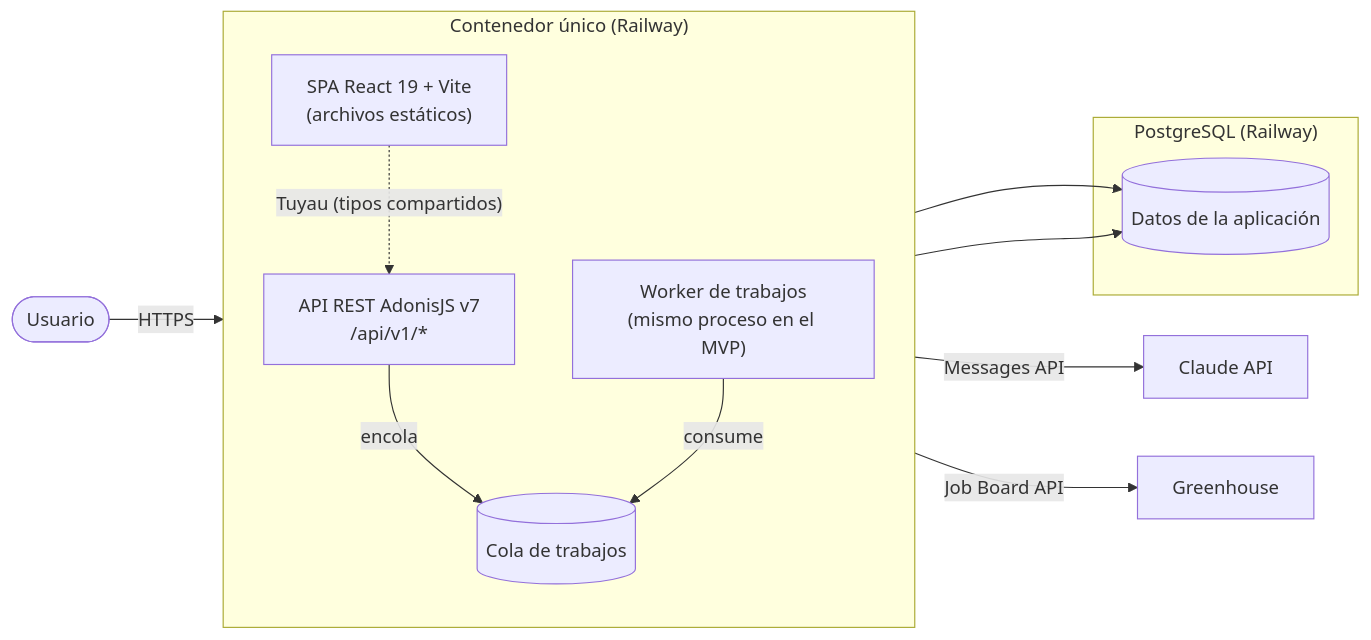
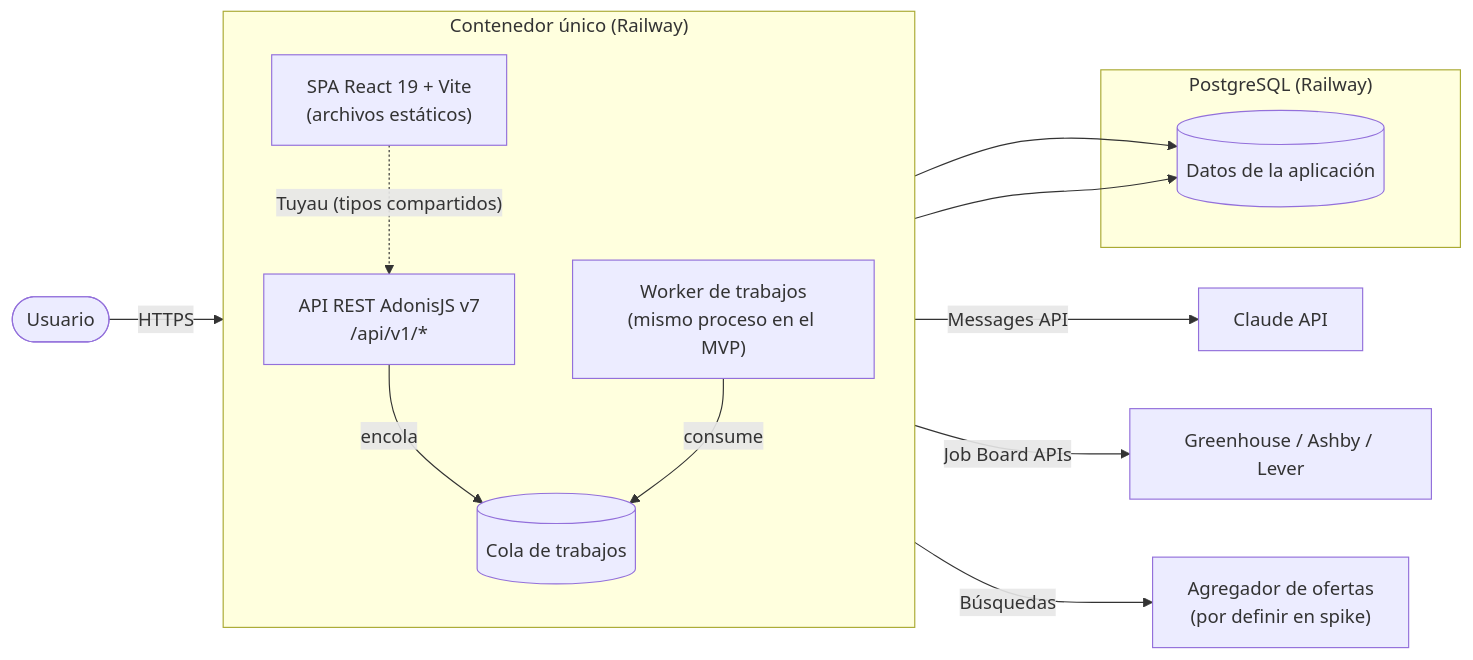
One commit to LIDR-academy-temp/AI4Devs-finalproject changed the first of 4 diagrams in docs/architecture.md. Above: the diagram before and after it, drawn with Mermaid. The commit also changed other lines of this file and 7 other files, not shown here.

````diff
--- a/docs/architecture.md
+++ b/docs/architecture.md
@@ -26,24 +26,25 @@
 ```mermaid
 flowchart LR
     user([Usuario]) -->|HTTPS| container
 
     subgraph container["Contenedor único (Railway)"]
         direction TB
         spa["SPA React 19 + Vite<br/>(archivos estáticos)"]
         api["API REST AdonisJS v7<br/>/api/v1/*"]
         worker["Worker de trabajos<br/>(mismo proceso en el MVP)"]
         spa -. "Tuyau (tipos compartidos)" .-> api
         api -->|encola| queue
         worker -->|consume| queue
     end
 
     subgraph db["PostgreSQL (Railway)"]
         queue[("Cola de trabajos")]
         data[("Datos de la aplicación")]
     end
 
     api --> data
     worker --> data
     worker -->|Messages API| claude["Claude API"]
-    worker -->|Job Board API| gh["Greenhouse"]
+    worker -->|Job Board APIs| gh["Greenhouse / Ashby / Lever"]
+    worker -->|Búsquedas| agg["Agregador de ofertas<br/>(por definir en spike)"]
 ```
````
